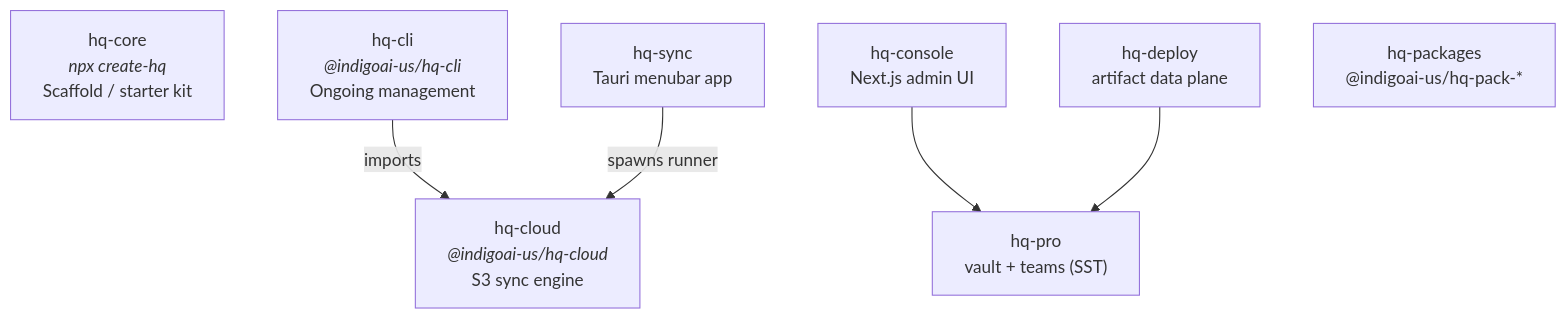
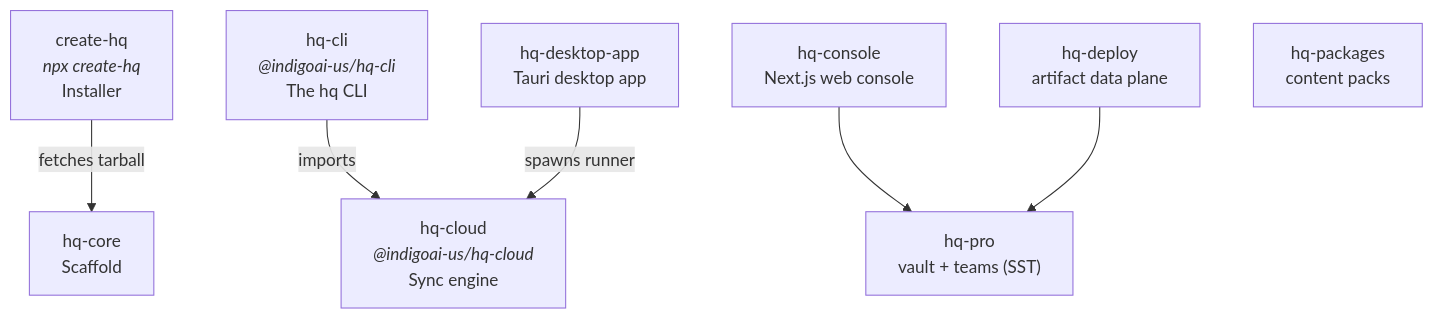
One commit to indigoai-us/indigo-docs changed the fourth of 5 diagrams in src/content/docs/hq/architecture/1-overview.mdx. Above: the diagram before and after it, drawn with Mermaid. The commit also changed other lines of this file and 92 other files, not shown here.

````diff
--- a/src/content/docs/hq/architecture/1-overview.mdx
+++ b/src/content/docs/hq/architecture/1-overview.mdx
@@ -111,15 +88,17 @@
 ```mermaid
 graph TD
-    createhq["hq-core<br/><i>npx create-hq</i><br/>Scaffold / starter kit"]
-    hqcli["hq-cli<br/><i>@indigoai-us/hq-cli</i><br/>Ongoing management"]
-    hqcloud["hq-cloud<br/><i>@indigoai-us/hq-cloud</i><br/>S3 sync engine"]
-    hqsync["hq-sync<br/>Tauri menubar app"]
+    createhq["create-hq<br/><i>npx create-hq</i><br/>Installer"]
+    core["hq-core<br/>Scaffold"]
+    hqcli["hq-cli<br/><i>@indigoai-us/hq-cli</i><br/>The hq CLI"]
+    hqcloud["hq-cloud<br/><i>@indigoai-us/hq-cloud</i><br/>Sync engine"]
+    desktop["hq-desktop-app<br/>Tauri desktop app"]
+    createhq -->|fetches tarball| core
     hqcli -->|imports| hqcloud
-    hqsync -->|spawns runner| hqcloud
-    console["hq-console<br/>Next.js admin UI"]
+    desktop -->|spawns runner| hqcloud
+    console["hq-console<br/>Next.js web console"]
     deploy["hq-deploy<br/>artifact data plane"]
     pro["hq-pro<br/>vault + teams (SST)"]
-    packs["hq-packages<br/>@indigoai-us/hq-pack-*"]
+    packs["hq-packages<br/>content packs"]
     console --> pro
     deploy --> pro
 ```
````
